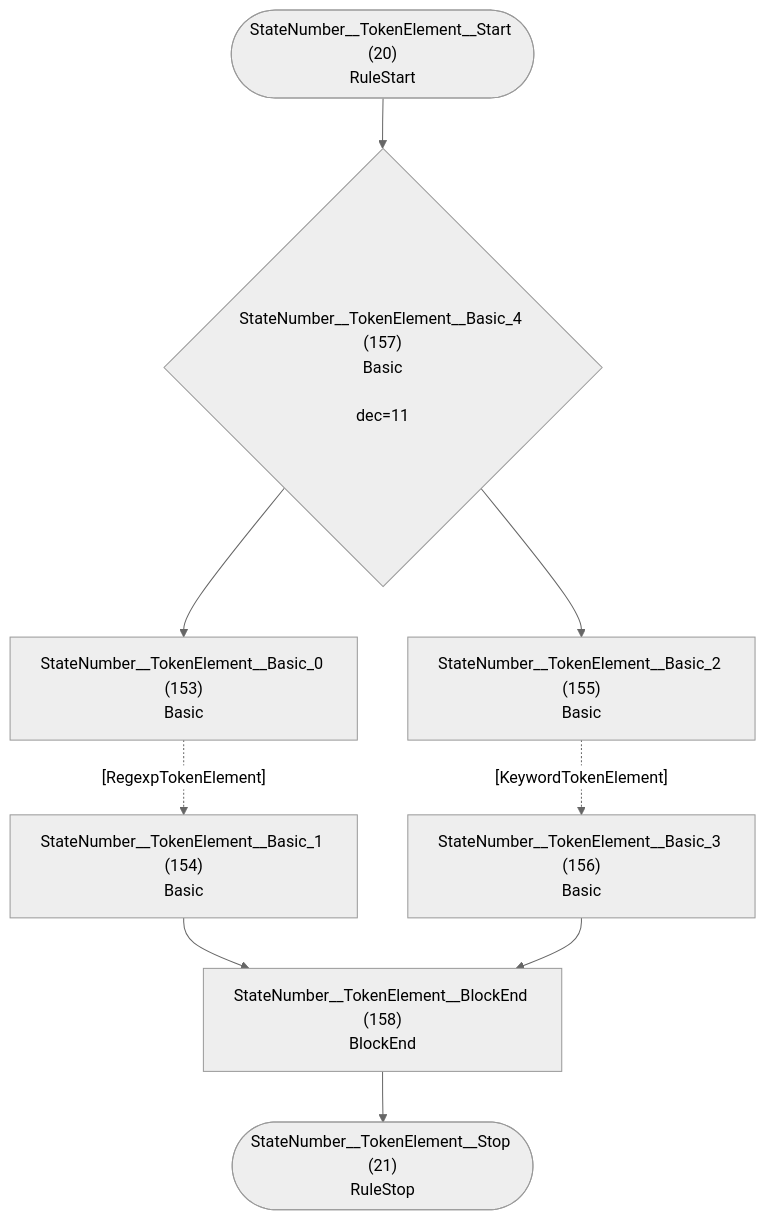
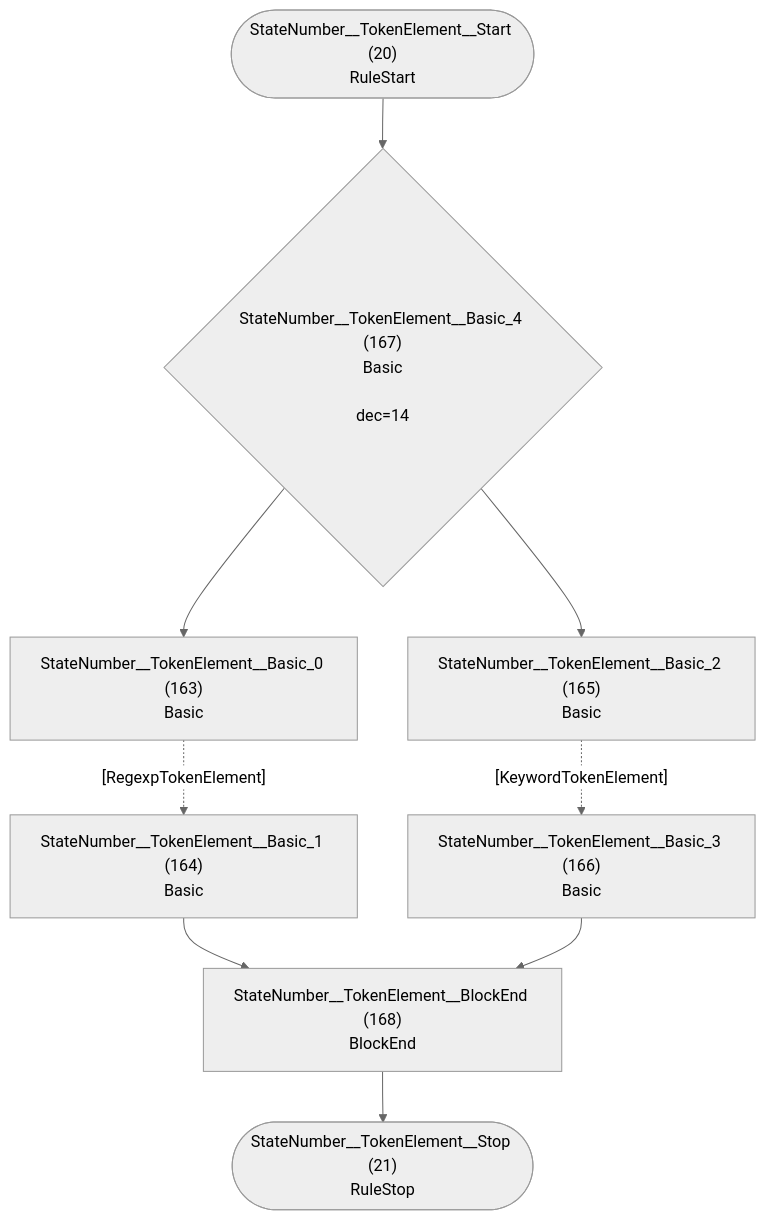
Before and after one commit to TypeFox/fastbelt: diagram 11 of 33 in internal/grammar/atn.md, drawn with Mermaid (neutral theme). The commit also changed other lines of this file and 6 other files, not shown here.

````diff
--- a/internal/grammar/atn.md
+++ b/internal/grammar/atn.md
@@ -301,20 +320,20 @@
 ```mermaid
 flowchart TD
     q20(["StateNumber__TokenElement__Start (20)<br/>RuleStart"])
     q21(["StateNumber__TokenElement__Stop (21)<br/>RuleStop"])
-    q153["StateNumber__TokenElement__Basic_0 (153)<br/>Basic<br/>"]
-    q154["StateNumber__TokenElement__Basic_1 (154)<br/>Basic<br/>"]
-    q155["StateNumber__TokenElement__Basic_2 (155)<br/>Basic<br/>"]
-    q156["StateNumber__TokenElement__Basic_3 (156)<br/>Basic<br/>"]
-    q157{"StateNumber__TokenElement__Basic_4 (157)<br/>Basic<br/><br/>dec=11"}
-    q158["StateNumber__TokenElement__BlockEnd (158)<br/>BlockEnd<br/>"]
+    q163["StateNumber__TokenElement__Basic_0 (163)<br/>Basic<br/>"]
+    q164["StateNumber__TokenElement__Basic_1 (164)<br/>Basic<br/>"]
+    q165["StateNumber__TokenElement__Basic_2 (165)<br/>Basic<br/>"]
+    q166["StateNumber__TokenElement__Basic_3 (166)<br/>Basic<br/>"]
+    q167{"StateNumber__TokenElement__Basic_4 (167)<br/>Basic<br/><br/>dec=14"}
+    q168["StateNumber__TokenElement__BlockEnd (168)<br/>BlockEnd<br/>"]
 
-    q20 --> q157
-    q153 -.->|"[RegexpTokenElement]"| q154
-    q154 --> q158
-    q155 -.->|"[KeywordTokenElement]"| q156
-    q156 --> q158
-    q157 --> q153
-    q157 --> q155
-    q158 --> q21
+    q20 --> q167
+    q163 -.->|"[RegexpTokenElement]"| q164
+    q164 --> q168
+    q165 -.->|"[KeywordTokenElement]"| q166
+    q166 --> q168
+    q167 --> q163
+    q167 --> q165
+    q168 --> q21
 ```
````
